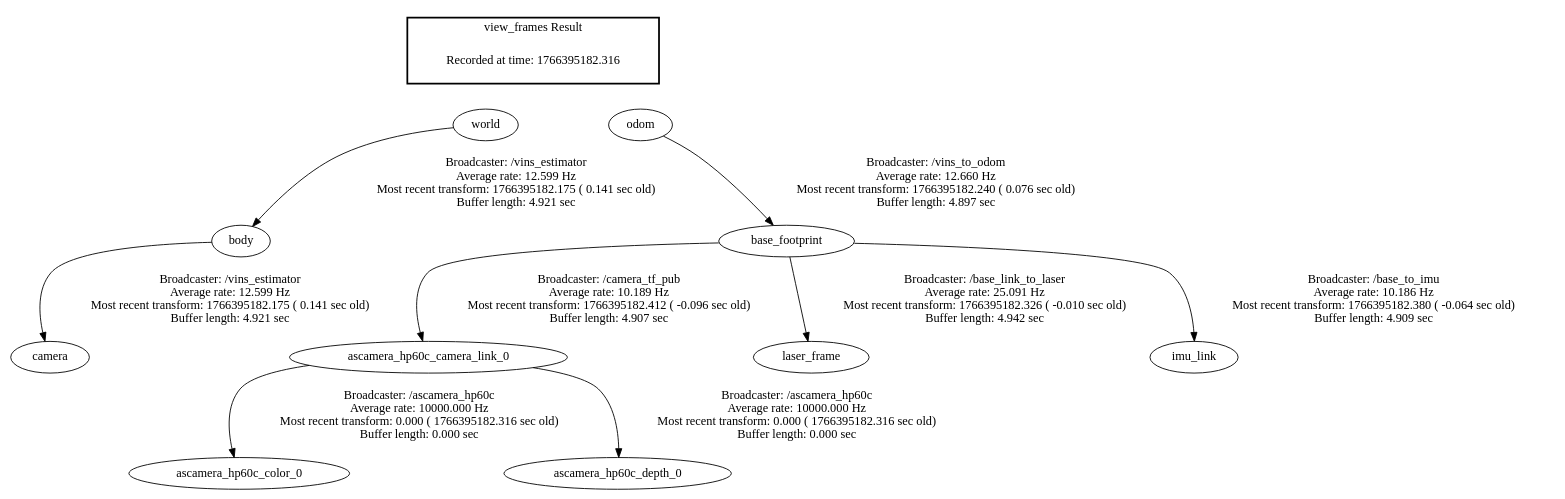
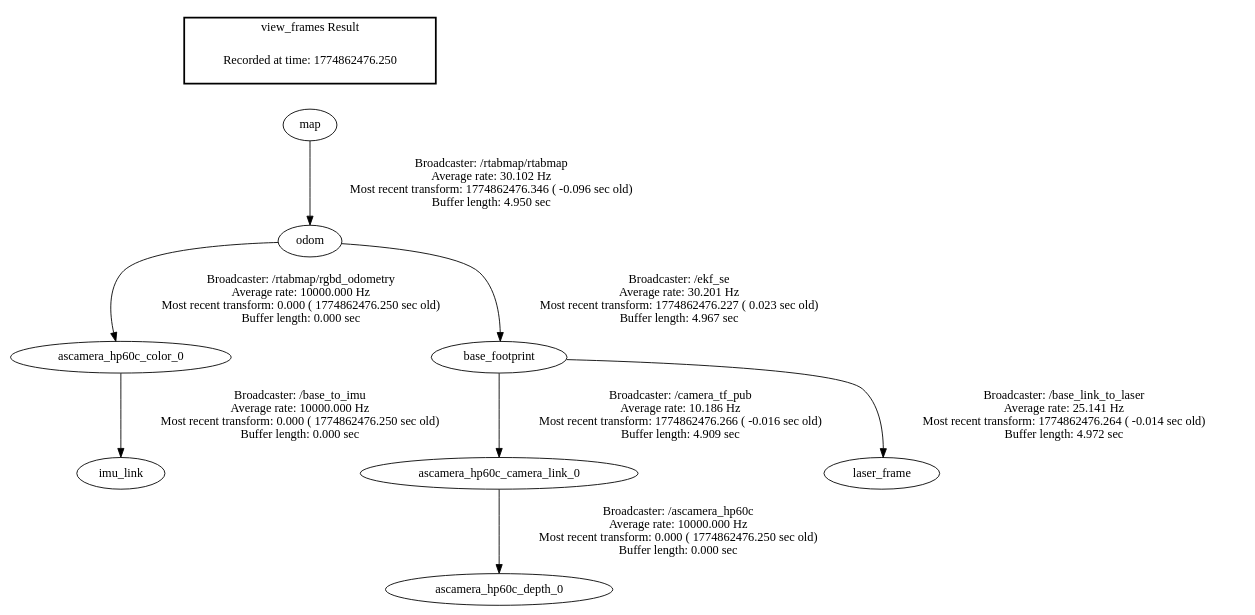
Before and after one commit to 2022090914028ysr-dotcom/rk3588: the diagram in NavOA_ws/frames.gv, drawn with Graphviz. The commit also changed 2906 other files, not shown here.

```diff
--- a/NavOA_ws/frames.gv
+++ b/NavOA_ws/frames.gv
@@ -1,18 +1,13 @@
 digraph G {
-"ascamera_hp60c_camera_link_0" -> "ascamera_hp60c_color_0"[label="Broadcaster: /ascamera_hp60c\nAverage rate: 10000.000 Hz\nMost recent transform: 0.000 ( 1766395182.316 sec old)\nBuffer length: 0.000 sec\n"];
-"base_footprint" -> "ascamera_hp60c_camera_link_0"[label="Broadcaster: /camera_tf_pub\nAverage rate: 10.189 Hz\nMost recent transform: 1766395182.412 ( -0.096 sec old)\nBuffer length: 4.907 sec\n"];
-"ascamera_hp60c_camera_link_0" -> "ascamera_hp60c_depth_0"[label="Broadcaster: /ascamera_hp60c\nAverage rate: 10000.000 Hz\nMost recent transform: 0.000 ( 1766395182.316 sec old)\nBuffer length: 0.000 sec\n"];
-"world" -> "body"[label="Broadcaster: /vins_estimator\nAverage rate: 12.599 Hz\nMost recent transform: 1766395182.175 ( 0.141 sec old)\nBuffer length: 4.921 sec\n"];
-"body" -> "camera"[label="Broadcaster: /vins_estimator\nAverage rate: 12.599 Hz\nMost recent transform: 1766395182.175 ( 0.141 sec old)\nBuffer length: 4.921 sec\n"];
-"base_footprint" -> "laser_frame"[label="Broadcaster: /base_link_to_laser\nAverage rate: 25.091 Hz\nMost recent transform: 1766395182.326 ( -0.010 sec old)\nBuffer length: 4.942 sec\n"];
-"odom" -> "base_footprint"[label="Broadcaster: /vins_to_odom\nAverage rate: 12.660 Hz\nMost recent transform: 1766395182.240 ( 0.076 sec old)\nBuffer length: 4.897 sec\n"];
-"base_footprint" -> "imu_link"[label="Broadcaster: /base_to_imu\nAverage rate: 10.186 Hz\nMost recent transform: 1766395182.380 ( -0.064 sec old)\nBuffer length: 4.909 sec\n"];
+"ascamera_hp60c_color_0" -> "imu_link"[label="Broadcaster: /base_to_imu\nAverage rate: 10000.000 Hz\nMost recent transform: 0.000 ( 1774862476.250 sec old)\nBuffer length: 0.000 sec\n"];
+"odom" -> "ascamera_hp60c_color_0"[label="Broadcaster: /rtabmap/rgbd_odometry\nAverage rate: 10000.000 Hz\nMost recent transform: 0.000 ( 1774862476.250 sec old)\nBuffer length: 0.000 sec\n"];
+"base_footprint" -> "ascamera_hp60c_camera_link_0"[label="Broadcaster: /camera_tf_pub\nAverage rate: 10.186 Hz\nMost recent transform: 1774862476.266 ( -0.016 sec old)\nBuffer length: 4.909 sec\n"];
+"ascamera_hp60c_camera_link_0" -> "ascamera_hp60c_depth_0"[label="Broadcaster: /ascamera_hp60c\nAverage rate: 10000.000 Hz\nMost recent transform: 0.000 ( 1774862476.250 sec old)\nBuffer length: 0.000 sec\n"];
+"base_footprint" -> "laser_frame"[label="Broadcaster: /base_link_to_laser\nAverage rate: 25.141 Hz\nMost recent transform: 1774862476.264 ( -0.014 sec old)\nBuffer length: 4.972 sec\n"];
+"odom" -> "base_footprint"[label="Broadcaster: /ekf_se\nAverage rate: 30.201 Hz\nMost recent transform: 1774862476.227 ( 0.023 sec old)\nBuffer length: 4.967 sec\n"];
+"map" -> "odom"[label="Broadcaster: /rtabmap/rtabmap\nAverage rate: 30.102 Hz\nMost recent transform: 1774862476.346 ( -0.096 sec old)\nBuffer length: 4.950 sec\n"];
 edge [style=invis];
  subgraph cluster_legend { style=bold; color=black; label ="view_frames Result";
-"Recorded at time: 1766395182.316"[ shape=plaintext ] ;
- }->"world";
-edge [style=invis];
- subgraph cluster_legend { style=bold; color=black; label ="view_frames Result";
-"Recorded at time: 1766395182.316"[ shape=plaintext ] ;
- }->"odom";
+"Recorded at time: 1774862476.250"[ shape=plaintext ] ;
+ }->"map";
 }
```
